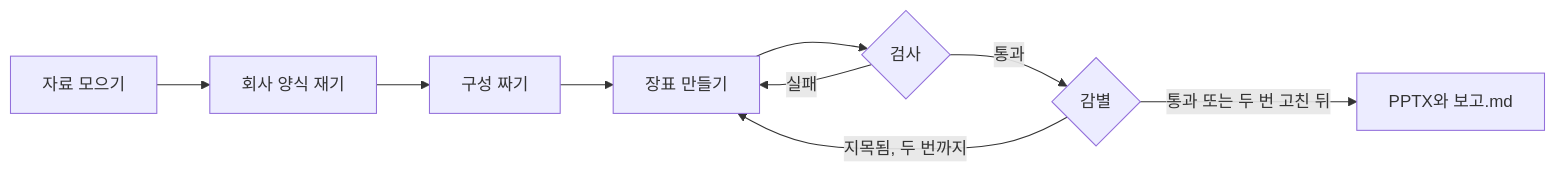
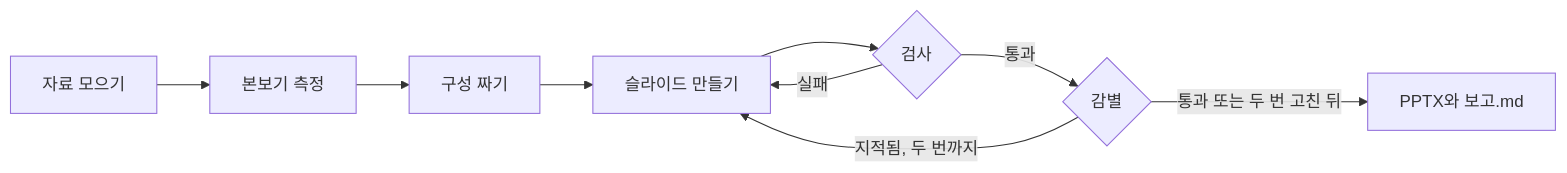
One commit to kyusieun/company-deck changed the diagram in README.md. Above: the diagram before and after it, drawn with Mermaid. The commit also changed other lines of this file and 2 other files, not shown here.

````diff
--- a/README.md
+++ b/README.md
@@ -90,11 +84,11 @@
 ```mermaid
 flowchart LR
-    A[자료 모으기] --> B[회사 양식 재기]
+    A[자료 모으기] --> B[본보기 측정]
     B --> C[구성 짜기]
-    C --> D[장표 만들기]
+    C --> D[슬라이드 만들기]
     D --> E{검사}
     E -- 실패 --> D
     E -- 통과 --> F{감별}
-    F -- 지목됨, 두 번까지 --> D
+    F -- 지적됨, 두 번까지 --> D
     F -- 통과 또는 두 번 고친 뒤 --> G[PPTX와 보고.md]
 ```
````
